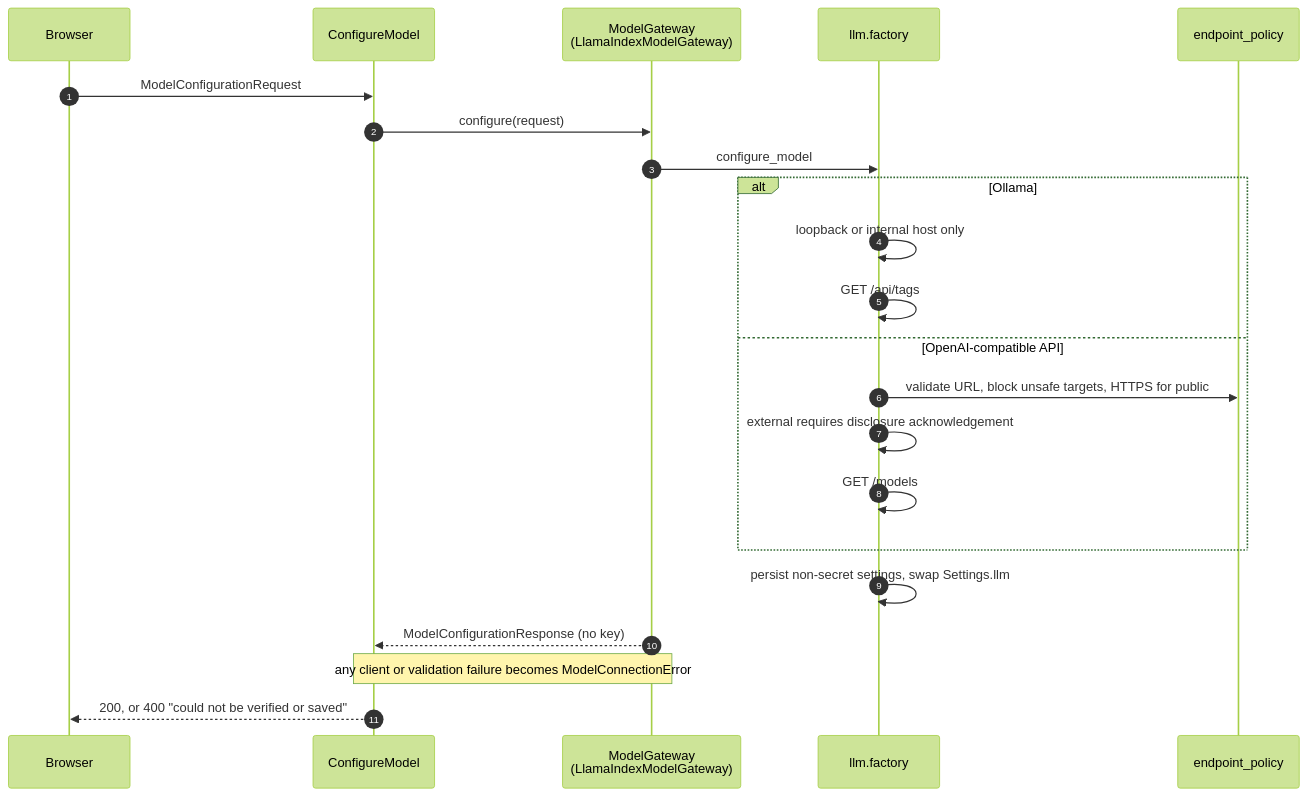
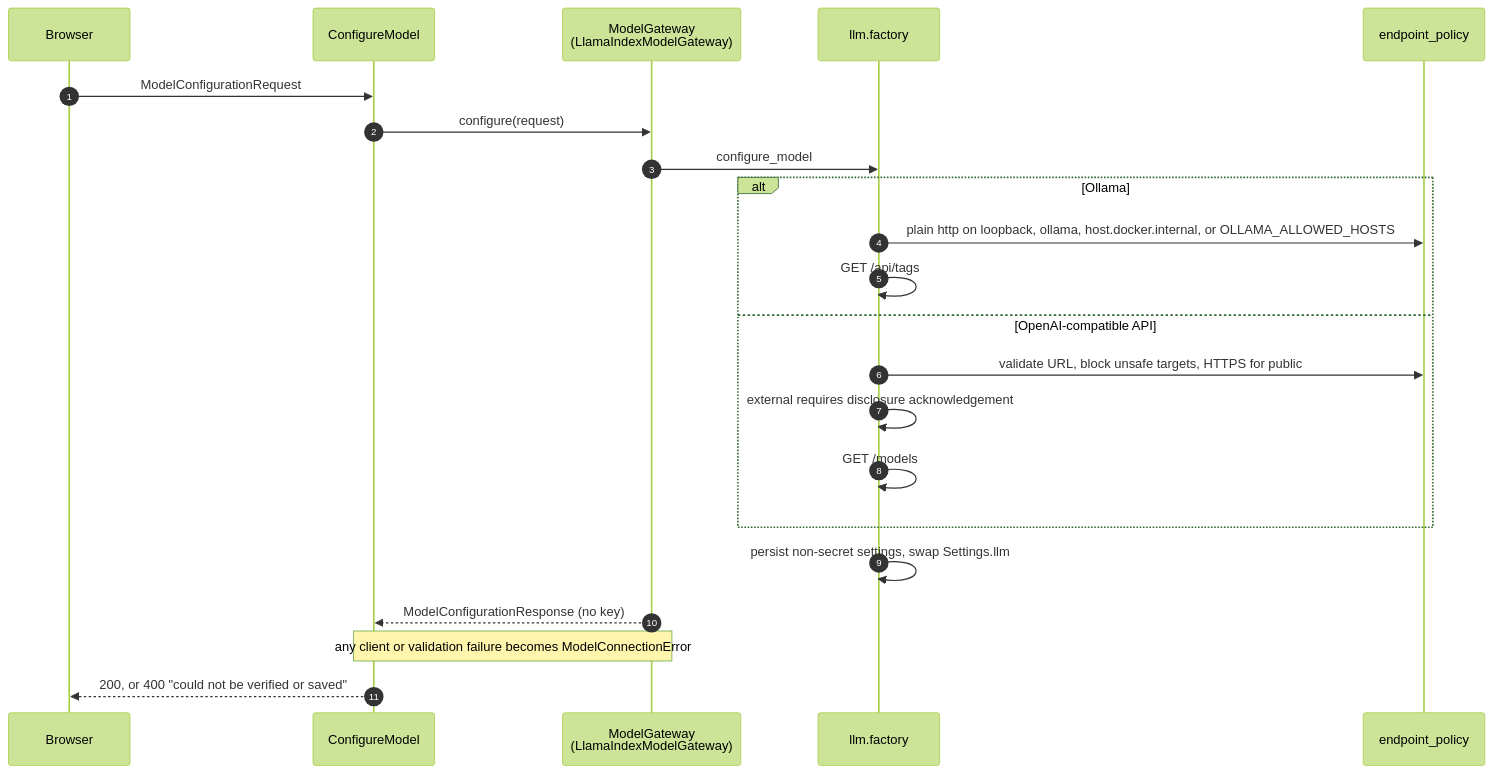
Before and after one commit to Pooria82/ParsRAG: the fifth of 6 diagrams in docs/architecture/data-flow.md, drawn with Mermaid (forest theme). The commit also changed 105 other files, not shown here.

````diff
--- a/docs/architecture/data-flow.md
+++ b/docs/architecture/data-flow.md
@@ -149,25 +149,25 @@
 ```mermaid
 sequenceDiagram
     autonumber
     participant B as Browser
     participant UC as ConfigureModel
     participant GW as ModelGateway<br>(LlamaIndexModelGateway)
     participant F as llm.factory
     participant EP as endpoint_policy
 
     B->>UC: ModelConfigurationRequest
     UC->>GW: configure(request)
     GW->>F: configure_model
     alt Ollama
-        F->>F: loopback or internal host only
+        F->>EP: plain http on loopback, ollama, host.docker.internal, or OLLAMA_ALLOWED_HOSTS
         F->>F: GET /api/tags
     else OpenAI-compatible API
         F->>EP: validate URL, block unsafe targets, HTTPS for public
         F->>F: external requires disclosure acknowledgement
         F->>F: GET /models
     end
     F->>F: persist non-secret settings, swap Settings.llm
     GW-->>UC: ModelConfigurationResponse (no key)
     Note over GW,UC: any client or validation failure becomes ModelConnectionError
     UC-->>B: 200, or 400 "could not be verified or saved"
 ```
````
